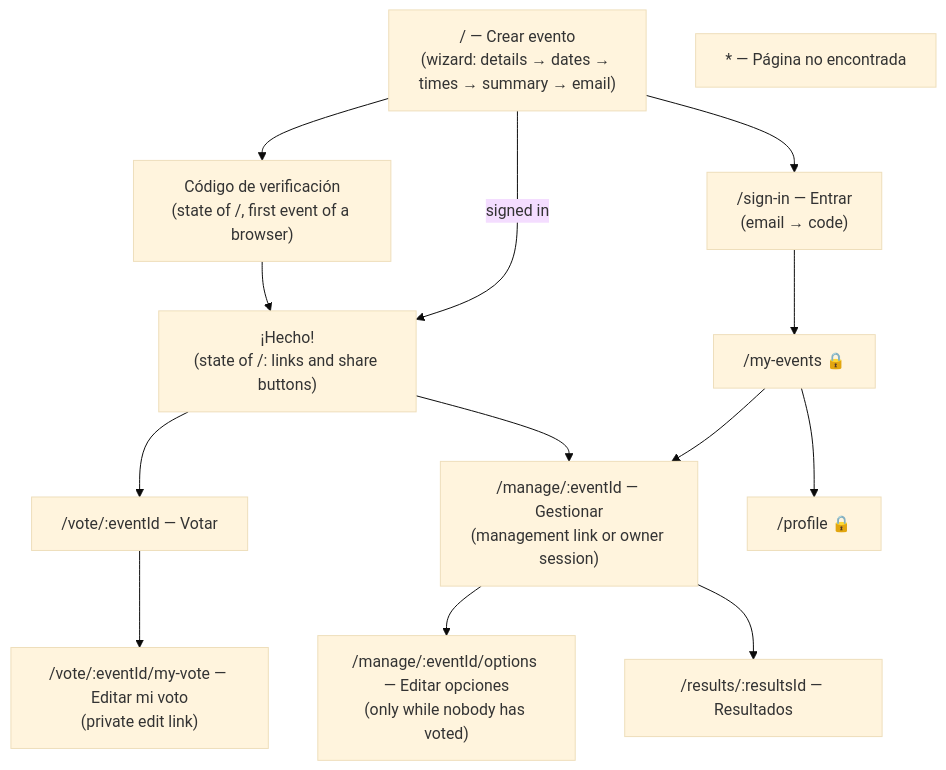
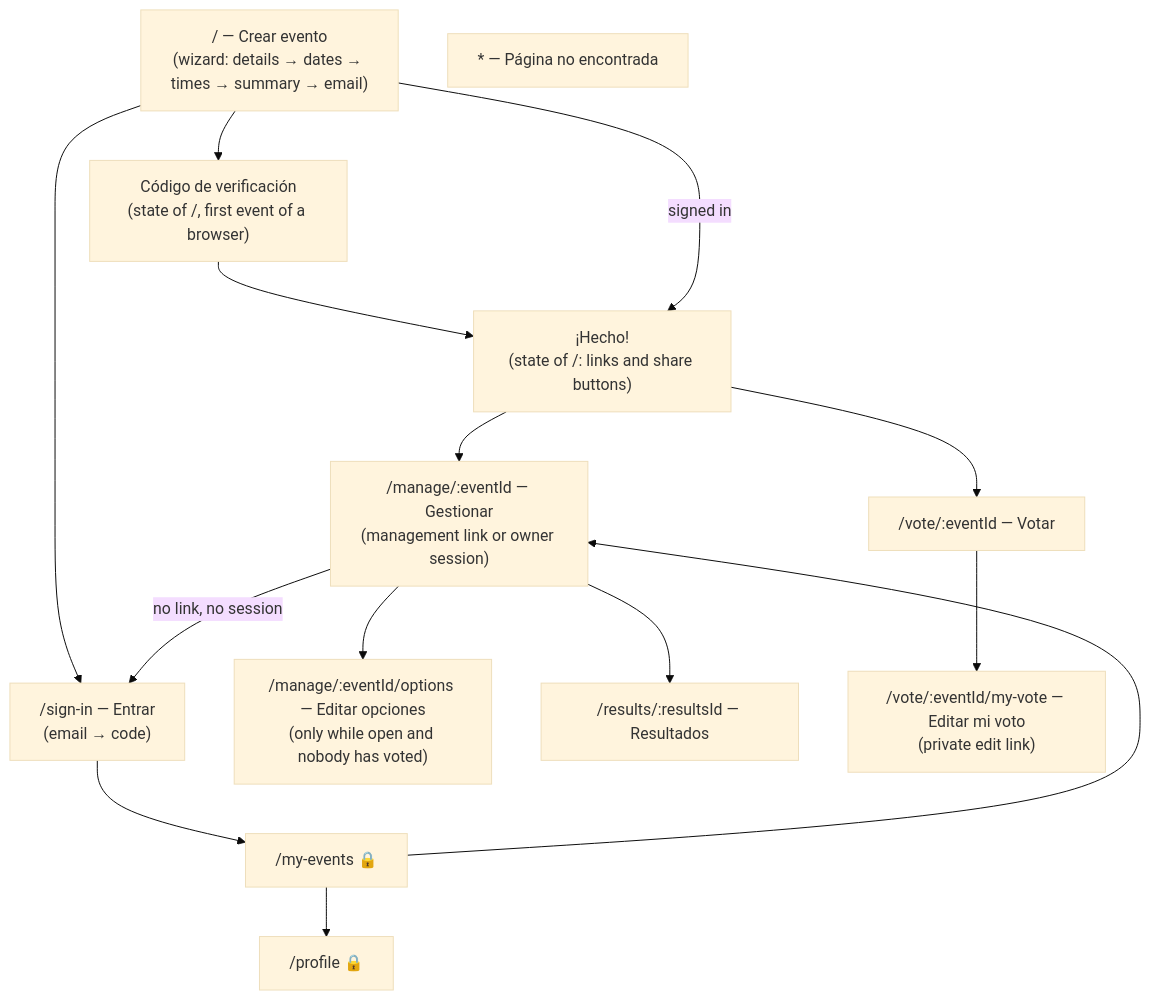
The diagram in docs/sitemap.md (pietrodags/qando-app), drawn with Mermaid (base theme) before and after one commit. The commit also changed other lines of this file and 7 other files, not shown here.

````diff
--- a/docs/sitemap.md
+++ b/docs/sitemap.md
@@ -7,27 +7,28 @@
 ```mermaid
 flowchart TD
   home["/ — Crear evento<br/>(wizard: details → dates → times → summary → email)"]
   code["Código de verificación<br/>(state of /, first event of a browser)"]
   done["¡Hecho!<br/>(state of /: links and share buttons)"]
   signin["/sign-in — Entrar<br/>(email → code)"]
   mine["/my-events 🔒"]
   profile["/profile 🔒"]
   manage["/manage/:eventId — Gestionar<br/>(management link or owner session)"]
-  editopts["/manage/:eventId/options — Editar opciones<br/>(only while nobody has voted)"]
+  editopts["/manage/:eventId/options — Editar opciones<br/>(only while open and nobody has voted)"]
   results["/results/:resultsId — Resultados"]
   vote["/vote/:eventId — Votar"]
   myvote["/vote/:eventId/my-vote — Editar mi voto<br/>(private edit link)"]
   notfound["* — Página no encontrada"]
 
   home --> code --> done
   home -->|signed in| done
   done --> vote
   done --> manage
   home --> signin
   signin --> mine
   mine --> manage
   mine --> profile
   manage --> editopts
+  manage -->|no link, no session| signin
   manage --> results
   vote --> myvote
 ```
````
